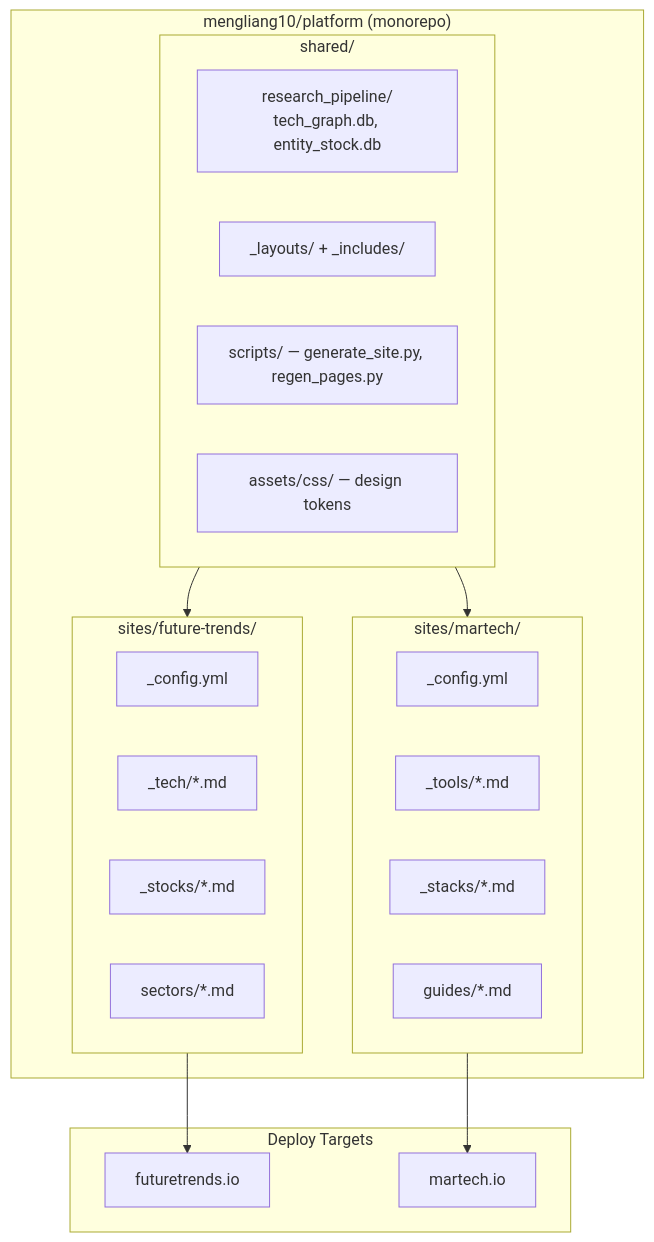
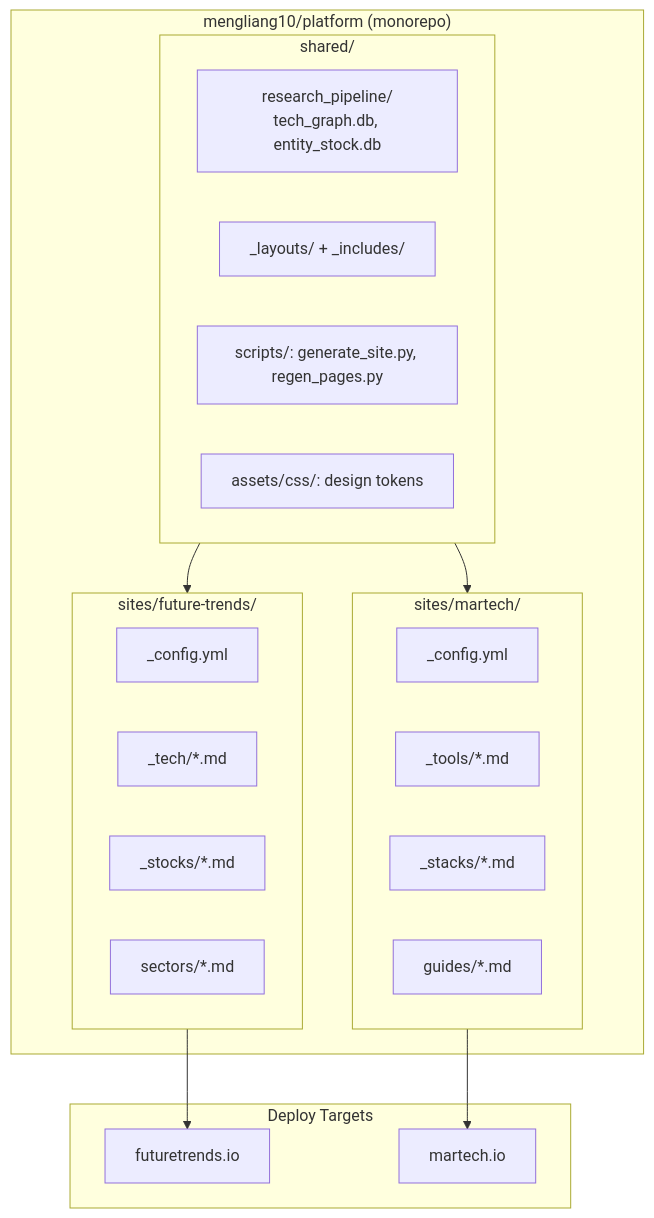
The fourth of 6 diagrams in enhancements/05-martech-consolidation.md (mengliang10/future), drawn with Mermaid before and after one commit. The commit also changed other lines of this file and 348 other files, not shown here.

Commit message:
Global removal of em-dashes, homepage section reordering, and flow improvements

````diff
--- a/enhancements/05-martech-consolidation.md
+++ b/enhancements/05-martech-consolidation.md
@@ -102,35 +102,35 @@
 ```mermaid
 graph TD
     subgraph Repo["mengliang10/platform (monorepo)"]
         subgraph Shared["shared/"]
             PIPELINE[research_pipeline/\ntech_graph.db, entity_stock.db]
             LAYOUTS[_layouts/ + _includes/]
-            SCRIPTS[scripts/ — generate_site.py, regen_pages.py]
-            STYLES[assets/css/ — design tokens]
+            SCRIPTS[scripts/: generate_site.py, regen_pages.py]
+            STYLES[assets/css/: design tokens]
         end
 
         subgraph SiteFT["sites/future-trends/"]
             FT_CONFIG[_config.yml]
             FT_TECH[_tech/*.md]
             FT_STOCKS[_stocks/*.md]
             FT_SECTORS[sectors/*.md]
         end
 
         subgraph SiteMT["sites/martech/"]
             MT_CONFIG[_config.yml]
             MT_TOOLS[_tools/*.md]
             MT_STACKS[_stacks/*.md]
             MT_GUIDES[guides/*.md]
         end
     end
 
     subgraph Deploy["Deploy Targets"]
         FT_DOMAIN[futuretrends.io]
         MT_DOMAIN[martech.io]
     end
 
     SiteFT --> FT_DOMAIN
     SiteMT --> MT_DOMAIN
     Shared --> SiteFT
     Shared --> SiteMT
 ```
````
